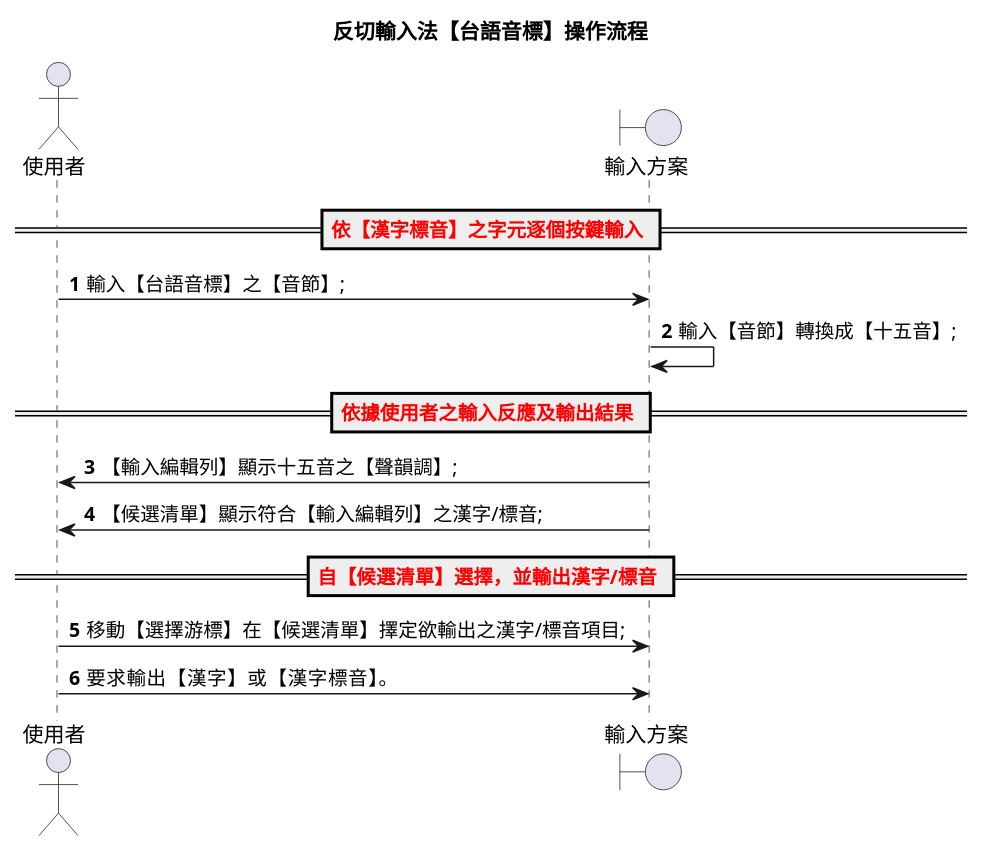
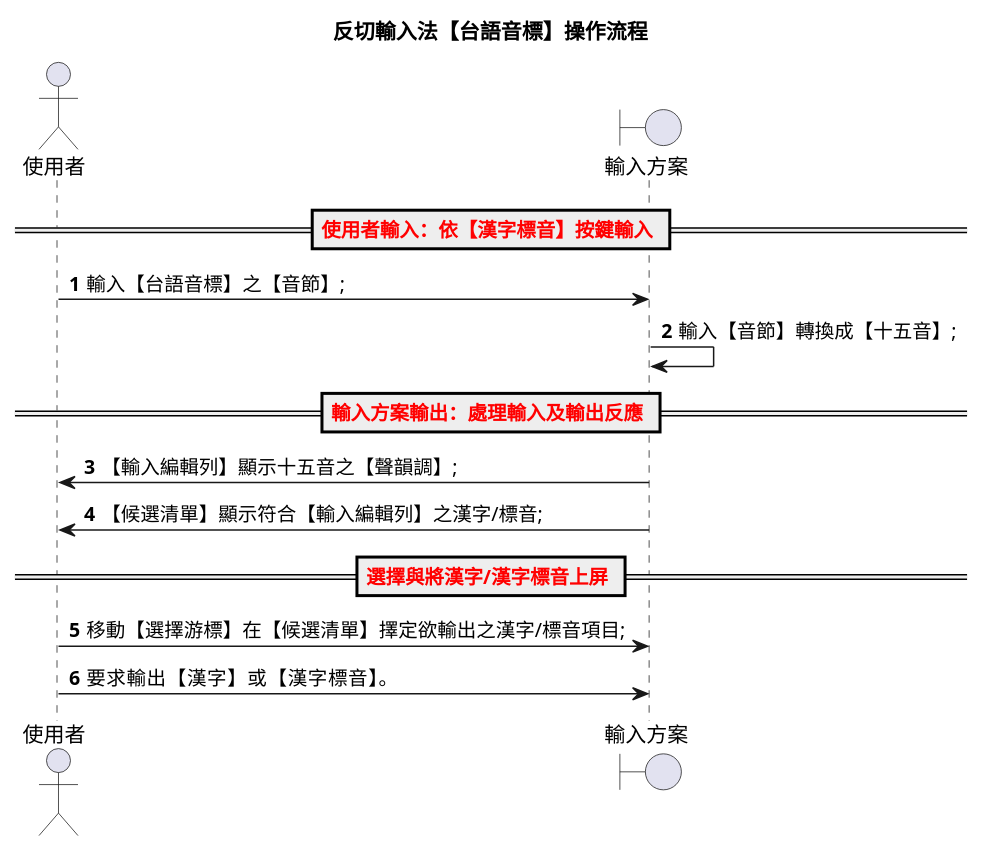
One commit to AlanJui/rime-tlpa changed the first of 17 diagrams in docs/310_反切輸入法【台語音標】設計規格.md. Above: the diagram before and after it, drawn with PlantUML. The commit also changed other lines of this file and 4 other files, not shown here.

````diff
--- a/docs/310_反切輸入法【台語音標】設計規格.md
+++ b/docs/310_反切輸入法【台語音標】設計規格.md
@@ -56,19 +56,19 @@
 ```plantuml
 @startuml
 title 反切輸入法【台語音標】操作流程
 actor 使用者 as user
 boundary 輸入方案 as ime
 autonumber
 
-== <font color=red>依【漢字標音】之字元逐個按鍵輸入 ==
+== <font color=red>使用者輸入：依【漢字標音】按鍵輸入 ==
 user -> ime : 輸入【台語音標】之【音節】;
 ime -> ime : 輸入【音節】轉換成【十五音】;
-== <font color=red>依據使用者之輸入反應及輸出結果 ==
+== <font color=red>輸入方案輸出：處理輸入及輸出反應 ==
 ime -> user :【輸入編輯列】顯示十五音之【聲韻調】;
 ime -> user :【候選清單】顯示符合【輸入編輯列】之漢字/標音;
-== <font color=red>自【候選清單】選擇，並輸出漢字/標音 ==
+== <font color=red>選擇與將漢字/漢字標音上屏 ==
 user -> ime :移動【選擇游標】在【候選清單】擇定欲輸出之漢字/標音項目;
 user -> ime :要求輸出【漢字】或【漢字標音】。
 
 @enduml
 ```
````
